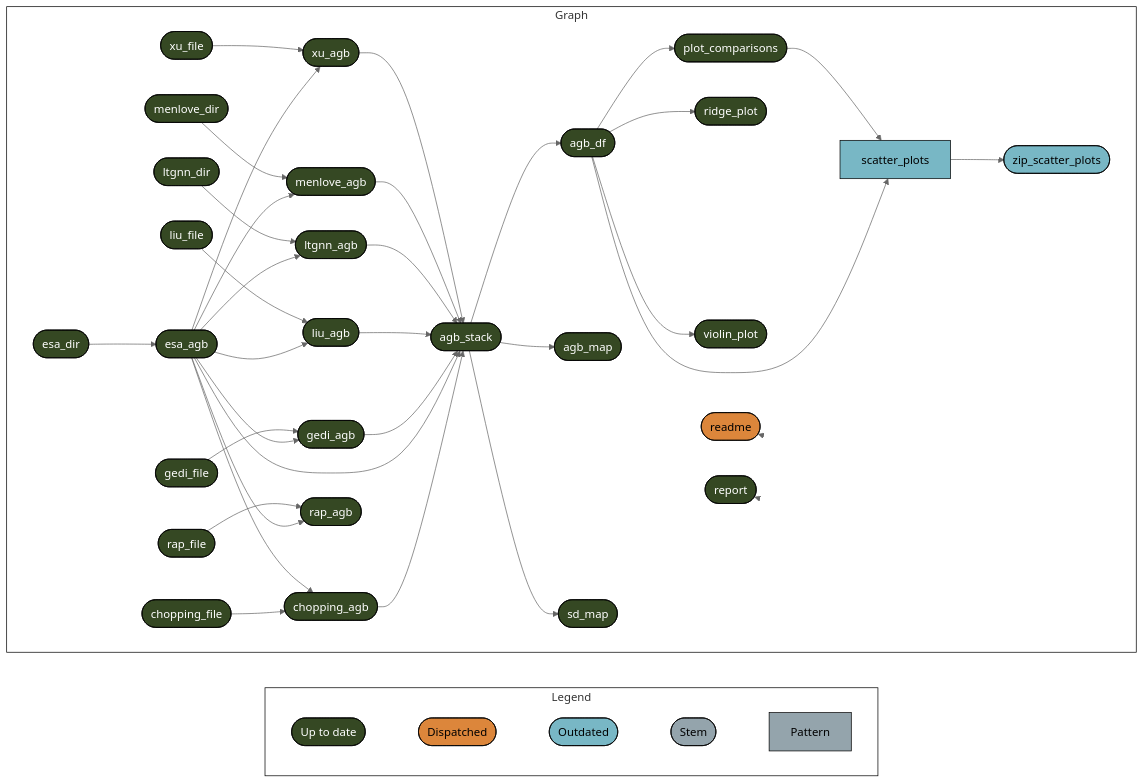
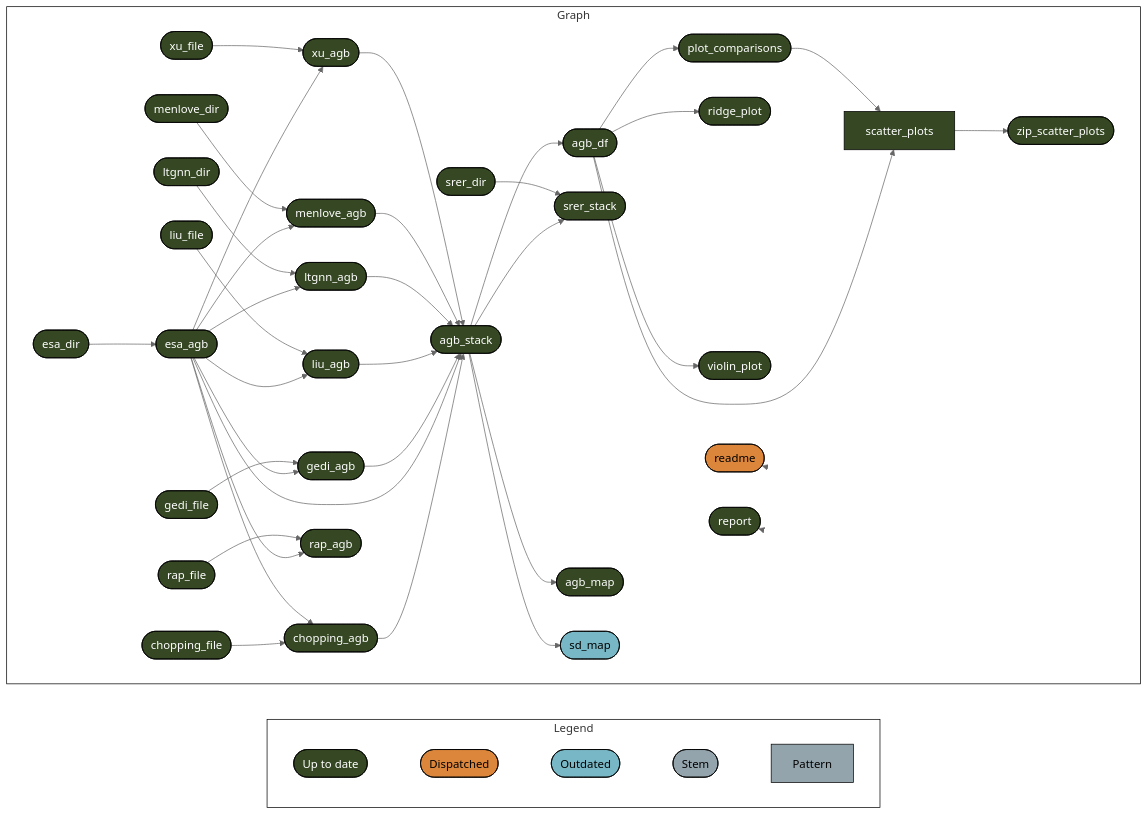
Before and after one commit to EcosystemEcologyLab/SW_Biomass: the diagram in README.md, drawn with Mermaid (neutral theme). The commit also changed other lines of this file and 13 other files, not shown here.

````diff
--- a/README.md
+++ b/README.md
@@ -36,58 +36,60 @@
 ``` mermaid
 graph LR
   style Legend fill:#FFFFFF00,stroke:#000000;
   style Graph fill:#FFFFFF00,stroke:#000000;
   subgraph Legend
     direction LR
     x7420bd9270f8d27d([""Up to date""]):::uptodate --- xa8565c104d8f0705([""Dispatched""]):::dispatched
     xa8565c104d8f0705([""Dispatched""]):::dispatched --- x0a52b03877696646([""Outdated""]):::outdated
     x0a52b03877696646([""Outdated""]):::outdated --- xbf4603d6c2c2ad6b([""Stem""]):::none
     xbf4603d6c2c2ad6b([""Stem""]):::none --- x70a5fa6bea6f298d[""Pattern""]:::none
   end
   subgraph Graph
     direction LR
-    x1194ca8b71ccd0e1(["agb_df"]):::uptodate --> xa9c8870bcb5985fd["scatter_plots"]:::outdated
-    xa5177effe50f87b0(["plot_comparisons"]):::uptodate --> xa9c8870bcb5985fd["scatter_plots"]:::outdated
+    x1194ca8b71ccd0e1(["agb_df"]):::uptodate --> xa9c8870bcb5985fd["scatter_plots"]:::uptodate
+    xa5177effe50f87b0(["plot_comparisons"]):::uptodate --> xa9c8870bcb5985fd["scatter_plots"]:::uptodate
+    x74a8a38fc5a3e271(["agb_stack"]):::uptodate --> x4eb7e7cfb305a440(["srer_stack"]):::uptodate
+    xc7f156126aa49133(["srer_dir"]):::uptodate --> x4eb7e7cfb305a440(["srer_stack"]):::uptodate
     x74a8a38fc5a3e271(["agb_stack"]):::uptodate --> x1194ca8b71ccd0e1(["agb_df"]):::uptodate
     x9f7f8cade5fecf35(["esa_agb"]):::uptodate --> x7ff1622cd5d030f8(["ltgnn_agb"]):::uptodate
     xc968c07864940097(["ltgnn_dir"]):::uptodate --> x7ff1622cd5d030f8(["ltgnn_agb"]):::uptodate
     x10672e980111f5c2(["chopping_agb"]):::uptodate --> x74a8a38fc5a3e271(["agb_stack"]):::uptodate
     x9f7f8cade5fecf35(["esa_agb"]):::uptodate --> x74a8a38fc5a3e271(["agb_stack"]):::uptodate
     x5bee436f312cca80(["gedi_agb"]):::uptodate --> x74a8a38fc5a3e271(["agb_stack"]):::uptodate
     xe4f3f2f15e724def(["liu_agb"]):::uptodate --> x74a8a38fc5a3e271(["agb_stack"]):::uptodate
     x7ff1622cd5d030f8(["ltgnn_agb"]):::uptodate --> x74a8a38fc5a3e271(["agb_stack"]):::uptodate
     xb420f92ea294cb0b(["menlove_agb"]):::uptodate --> x74a8a38fc5a3e271(["agb_stack"]):::uptodate
     x6bb719b45bfee760(["xu_agb"]):::uptodate --> x74a8a38fc5a3e271(["agb_stack"]):::uptodate
     x9f7f8cade5fecf35(["esa_agb"]):::uptodate --> xe4f3f2f15e724def(["liu_agb"]):::uptodate
     x26d0dae1bf6fcb39(["liu_file"]):::uptodate --> xe4f3f2f15e724def(["liu_agb"]):::uptodate
     x74a8a38fc5a3e271(["agb_stack"]):::uptodate --> xd959ad20dd7fd009(["agb_map"]):::uptodate
-    x74a8a38fc5a3e271(["agb_stack"]):::uptodate --> x7dce032f25b5c564(["sd_map"]):::uptodate
+    x74a8a38fc5a3e271(["agb_stack"]):::uptodate --> x7dce032f25b5c564(["sd_map"]):::outdated
     x1194ca8b71ccd0e1(["agb_df"]):::uptodate --> xa5177effe50f87b0(["plot_comparisons"]):::uptodate
     x9f7f8cade5fecf35(["esa_agb"]):::uptodate --> x5bee436f312cca80(["gedi_agb"]):::uptodate
     x8d7fb25f1e16bc4f(["gedi_file"]):::uptodate --> x5bee436f312cca80(["gedi_agb"]):::uptodate
-    xa9c8870bcb5985fd["scatter_plots"]:::outdated --> x0ed052f6c2f4c6d2(["zip_scatter_plots"]):::outdated
+    xa9c8870bcb5985fd["scatter_plots"]:::uptodate --> x0ed052f6c2f4c6d2(["zip_scatter_plots"]):::uptodate
     x9f7f8cade5fecf35(["esa_agb"]):::uptodate --> xb420f92ea294cb0b(["menlove_agb"]):::uptodate
     x5086af9665941a9e(["menlove_dir"]):::uptodate --> xb420f92ea294cb0b(["menlove_agb"]):::uptodate
     x9f7f8cade5fecf35(["esa_agb"]):::uptodate --> x5688b5ef6bcea6f9(["rap_agb"]):::uptodate
     x9889d33e942dc03b(["rap_file"]):::uptodate --> x5688b5ef6bcea6f9(["rap_agb"]):::uptodate
     x80cf9d1bb79c21e3(["chopping_file"]):::uptodate --> x10672e980111f5c2(["chopping_agb"]):::uptodate
     x9f7f8cade5fecf35(["esa_agb"]):::uptodate --> x10672e980111f5c2(["chopping_agb"]):::uptodate
     x1194ca8b71ccd0e1(["agb_df"]):::uptodate --> x13774cf4f2cc9b83(["ridge_plot"]):::uptodate
     x9f7f8cade5fecf35(["esa_agb"]):::uptodate --> x6bb719b45bfee760(["xu_agb"]):::uptodate
     x39b0a131ab7dd2d0(["xu_file"]):::uptodate --> x6bb719b45bfee760(["xu_agb"]):::uptodate
     xb91305eee1f5b0b5(["esa_dir"]):::uptodate --> x9f7f8cade5fecf35(["esa_agb"]):::uptodate
     x1194ca8b71ccd0e1(["agb_df"]):::uptodate --> xfe73ce9654aaf612(["violin_plot"]):::uptodate
     x6e52cb0f1668cc22(["readme"]):::dispatched --> x6e52cb0f1668cc22(["readme"]):::dispatched
     xe0fba61fbc506510(["report"]):::uptodate --> xe0fba61fbc506510(["report"]):::uptodate
   end
   classDef uptodate stroke:#000000,color:#ffffff,fill:#354823;
   classDef dispatched stroke:#000000,color:#000000,fill:#DC863B;
   classDef outdated stroke:#000000,color:#000000,fill:#78B7C5;
   classDef none stroke:#000000,color:#000000,fill:#94a4ac;
   linkStyle 0 stroke-width:0px;
   linkStyle 1 stroke-width:0px;
   linkStyle 2 stroke-width:0px;
   linkStyle 3 stroke-width:0px;
-  linkStyle 35 stroke-width:0px;
-  linkStyle 36 stroke-width:0px;
+  linkStyle 37 stroke-width:0px;
+  linkStyle 38 stroke-width:0px;
 ```
````
